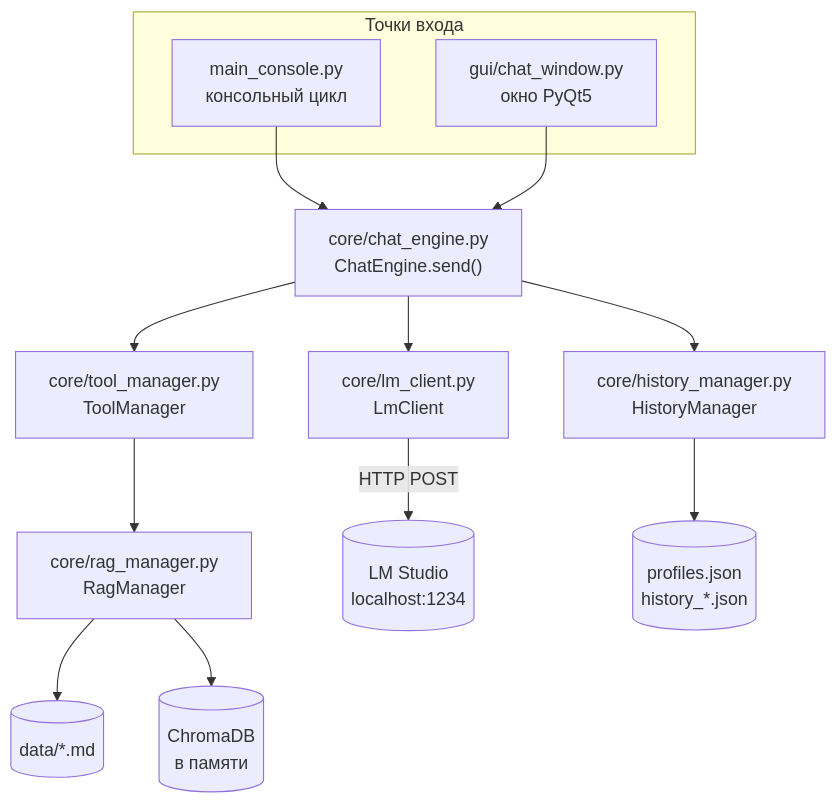
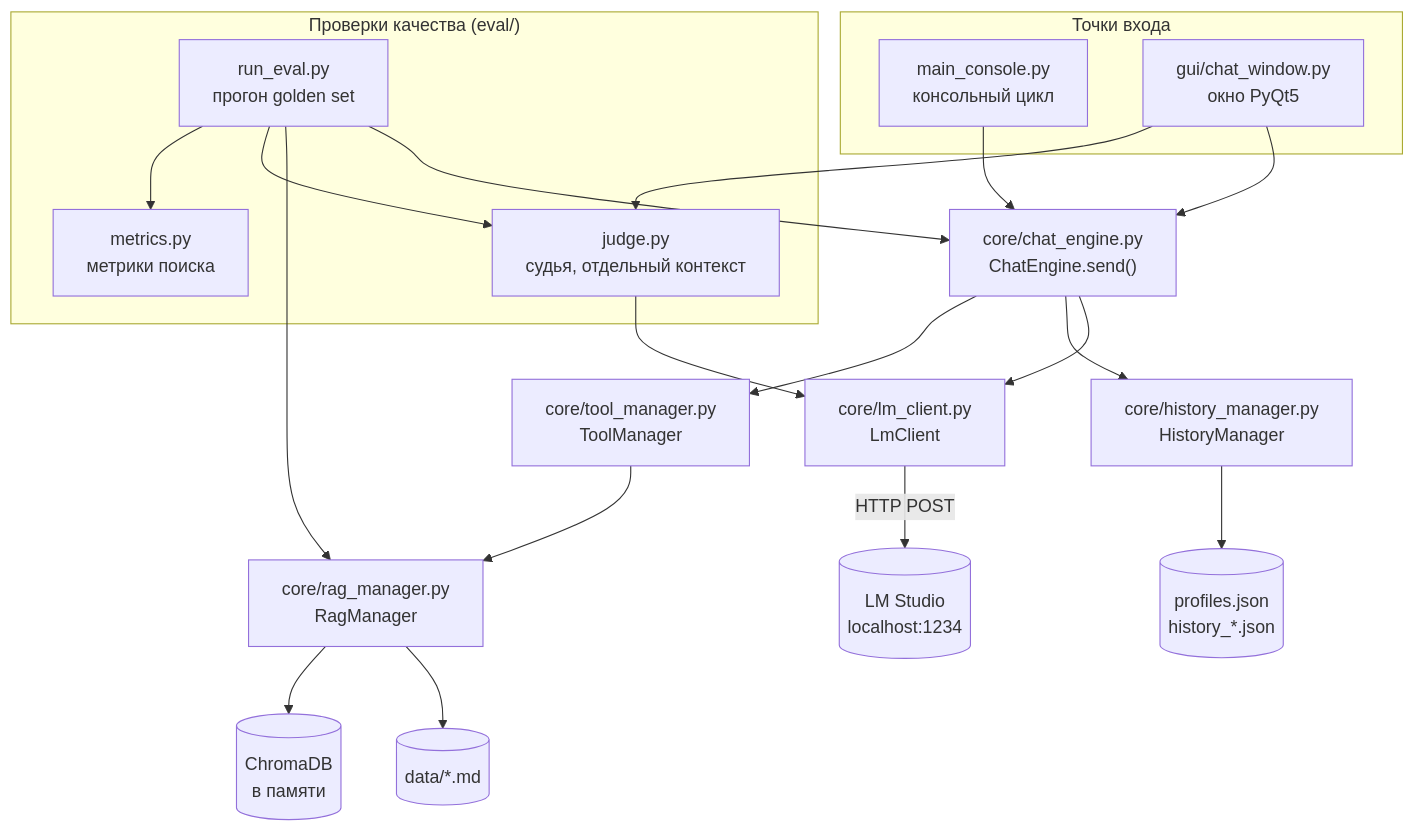
Before and after one commit to DemiDaoshi/Sivi-Pet: the first of 7 diagrams in GUIDE.md, drawn with Mermaid. The commit also changed other lines of this file and 25 other files, not shown here.

First line of the commit message:
Add golden set evaluation with an LLM judge

````diff
--- a/GUIDE.md
+++ b/GUIDE.md
@@ -104,29 +119,41 @@
 ```mermaid
 flowchart TB
     subgraph Entry["Точки входа"]
         CLI["main_console.py<br/>консольный цикл"]
         GUI["gui/chat_window.py<br/>окно PyQt5"]
     end
 
     Engine["core/chat_engine.py<br/>ChatEngine.send()"]
     Client["core/lm_client.py<br/>LmClient"]
     History["core/history_manager.py<br/>HistoryManager"]
     Tools["core/tool_manager.py<br/>ToolManager"]
     Rag["core/rag_manager.py<br/>RagManager"]
 
     LM[("LM Studio<br/>localhost:1234")]
     Files[("profiles.json<br/>history_*.json")]
     Docs[("data/*.md")]
     Chroma[("ChromaDB<br/>в памяти")]
 
+    subgraph Checks["Проверки качества (eval/)"]
+        RunEval["run_eval.py<br/>прогон golden set"]
+        Judge["judge.py<br/>судья, отдельный контекст"]
+        Metrics["metrics.py<br/>метрики поиска"]
+    end
+
     CLI --> Engine
     GUI --> Engine
     Engine --> Client
     Engine --> History
     Engine --> Tools
     Tools --> Rag
     Client -->|"HTTP POST"| LM
     History --> Files
     Rag --> Docs
     Rag --> Chroma
+    RunEval --> Engine
+    RunEval --> Rag
+    RunEval --> Judge
+    RunEval --> Metrics
+    Judge --> Client
+    GUI --> Judge
 ```
````
